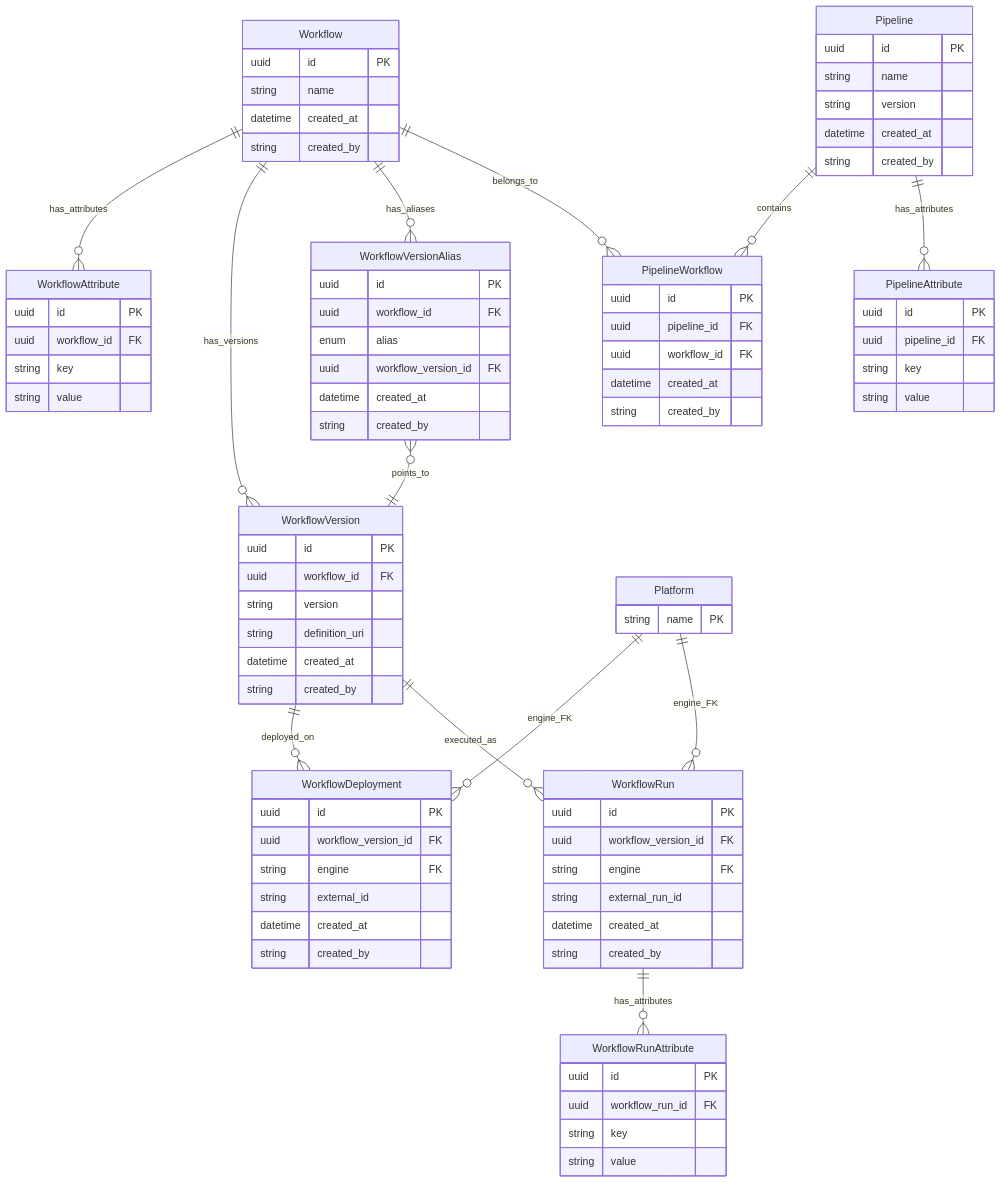
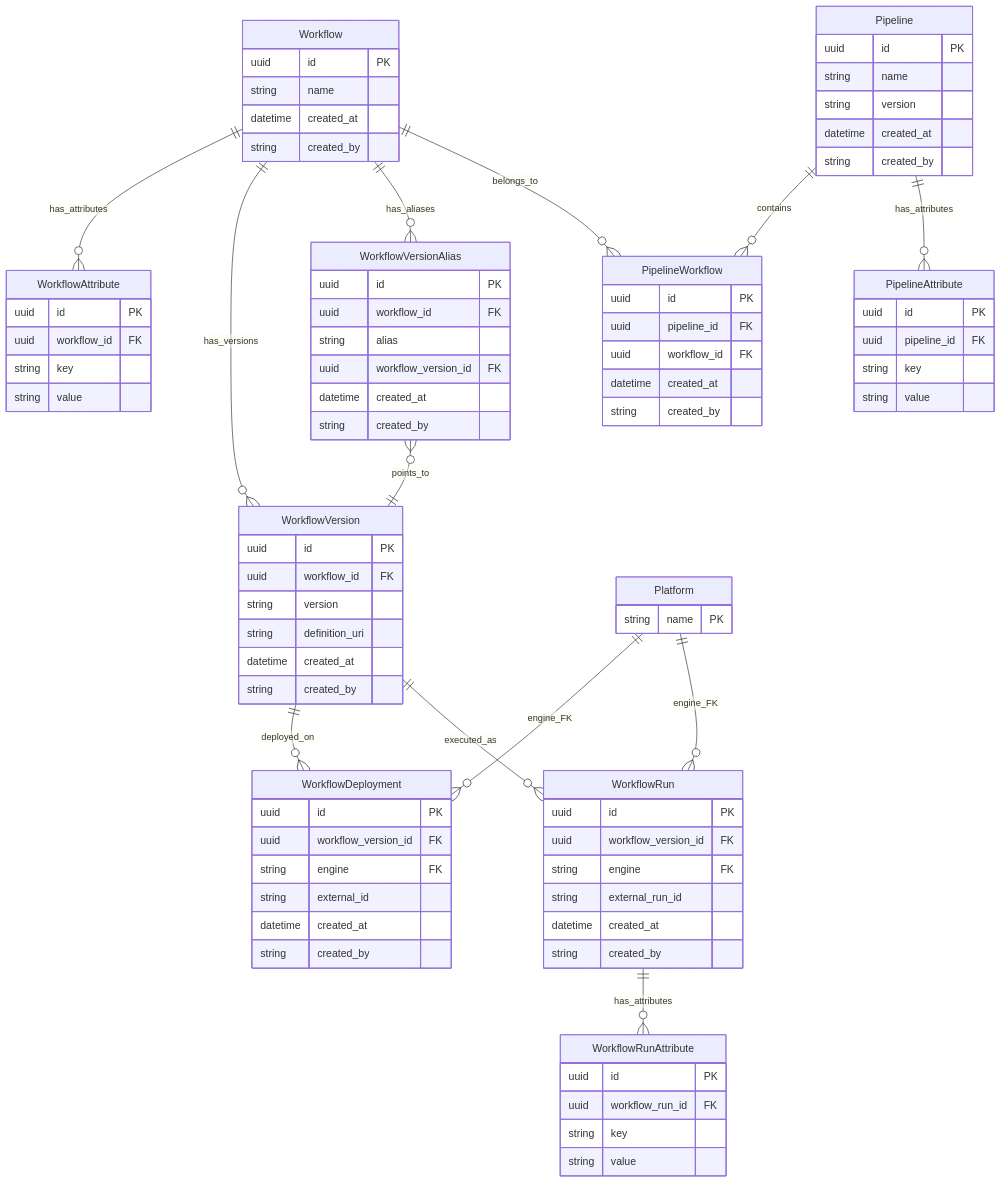
The diagram in docs/WORKFLOWS_AND_PIPELINES.md (NGS360/APIServer), drawn with Mermaid before and after one commit. The commit also changed other lines of this file and 6 other files, not shown here.

First line of the commit message:
refactor: replace VersionAlias enum with free-text string

```diff
--- a/docs/WORKFLOWS_AND_PIPELINES.md
+++ b/docs/WORKFLOWS_AND_PIPELINES.md
@@ -66,7 +66,7 @@
     WorkflowVersionAlias {
         uuid id PK
         uuid workflow_id FK
-        enum alias
+        string alias
         uuid workflow_version_id FK
         datetime created_at
         string created_by
```
